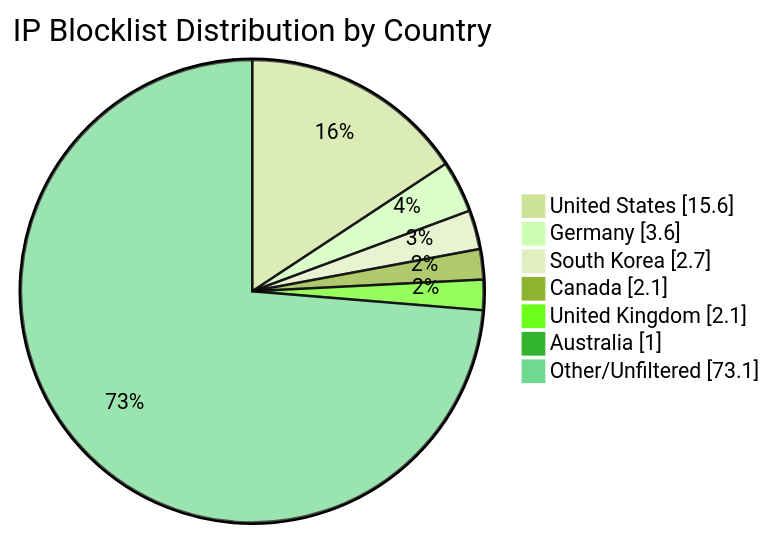
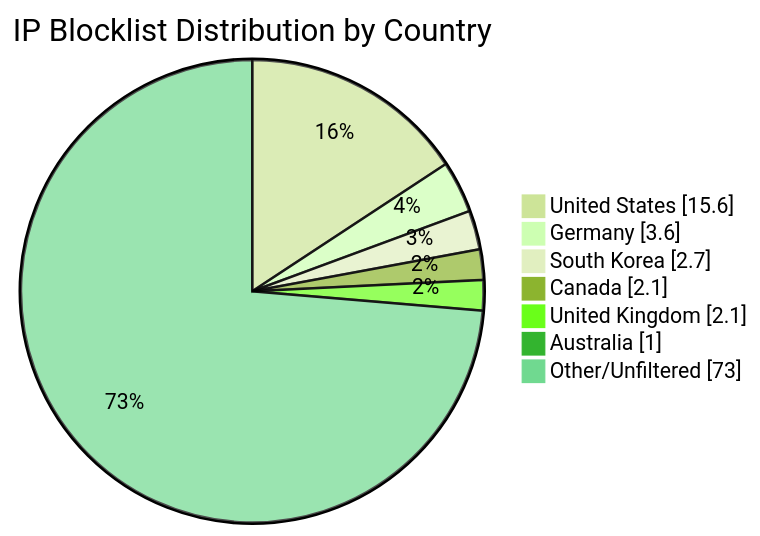
The diagram in README.md (MarcusHoltz/ipblocklist-geofiltered-aggregator), drawn with Mermaid (forest theme) before and after one commit. The commit also changed other lines of this file and 9 other files, not shown here.

````diff
--- a/README.md
+++ b/README.md
@@ -34,10 +34,10 @@
 ```mermaid
 pie showData title IP Blocklist Distribution by Country
 "United States" : 15.6
 "Germany" : 3.6
 "South Korea" : 2.7
 "Canada" : 2.1
 "United Kingdom" : 2.1
 "Australia" : 1.0
-"Other/Unfiltered" : 73.1
+"Other/Unfiltered" : 73.0
 ```
````
